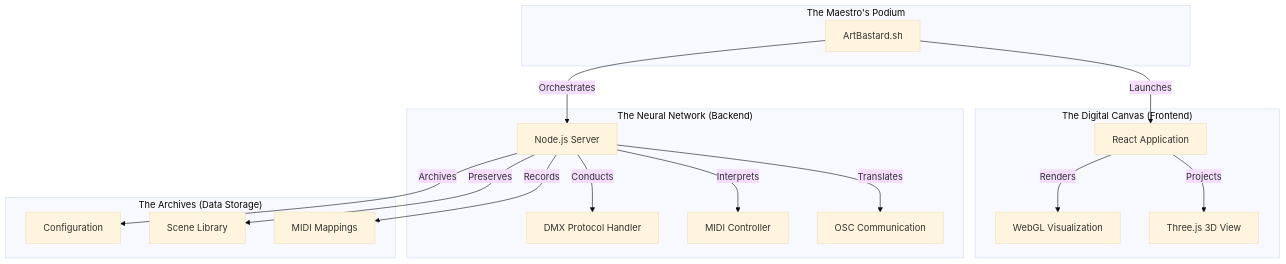
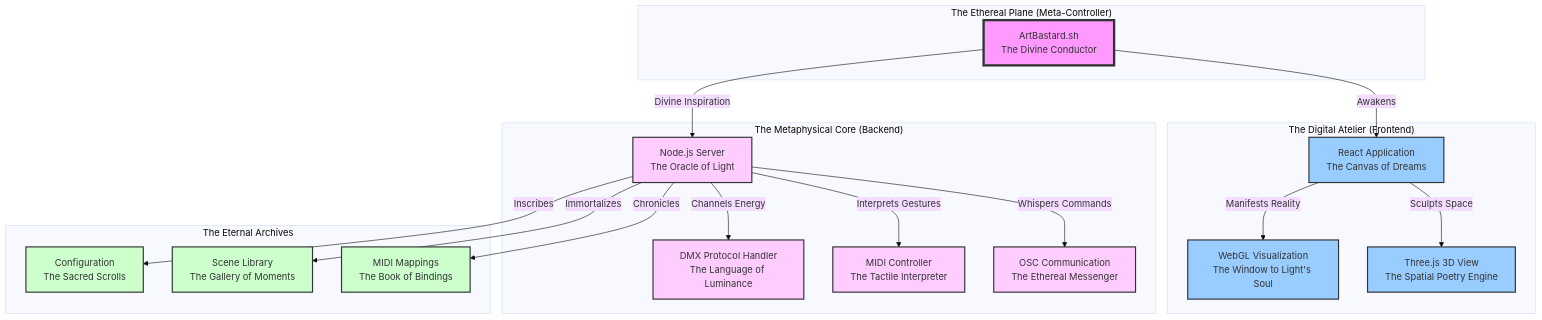
The first of 5 diagrams in README.md (aday1/ArtBastard_DMX512FTW), drawn with Mermaid (base theme) before and after one commit. The commit also changed other lines of this file and 116 other files, not shown here.

````diff
--- a/README.md
+++ b/README.md
@@ -7,36 +41,47 @@
 ```mermaid
 graph TB
-    subgraph "The Maestro's Podium"
-        AB[ArtBastard.sh]
+    subgraph "The Ethereal Plane (Meta-Controller)"
+        AB[ArtBastard.sh\nThe Divine Conductor]
+        style AB fill:#f9f,stroke:#333,stroke-width:4px
     end
 
-    subgraph "The Digital Canvas (Frontend)"
-        React[React Application]
-        WebGL[WebGL Visualization]
-        ThreeJS[Three.js 3D View]
+    subgraph "The Digital Atelier (Frontend)"
+        React[React Application\nThe Canvas of Dreams]
+        WebGL[WebGL Visualization\nThe Window to Light's Soul]
+        ThreeJS[Three.js 3D View\nThe Spatial Poetry Engine]
+        style React fill:#9cf,stroke:#333,stroke-width:2px
+        style WebGL fill:#9cf,stroke:#333,stroke-width:2px
+        style ThreeJS fill:#9cf,stroke:#333,stroke-width:2px
     end
 
-    subgraph "The Neural Network (Backend)"
-        Server[Node.js Server]
-        DMX[DMX Protocol Handler]
-        MIDI[MIDI Controller]
-        OSC[OSC Communication]
+    subgraph "The Metaphysical Core (Backend)"
+        Server[Node.js Server\nThe Oracle of Light]
+        DMX[DMX Protocol Handler\nThe Language of Luminance]
+        MIDI[MIDI Controller\nThe Tactile Interpreter]
+        OSC[OSC Communication\nThe Ethereal Messenger]
+        style Server fill:#fcf,stroke:#333,stroke-width:2px
+        style DMX fill:#fcf,stroke:#333,stroke-width:2px
+        style MIDI fill:#fcf,stroke:#333,stroke-width:2px
+        style OSC fill:#fcf,stroke:#333,stroke-width:2px
     end
 
-    subgraph "The Archives (Data Storage)"
-        Config[Configuration]
-        Scenes[Scene Library]
-        Mappings[MIDI Mappings]
+    subgraph "The Eternal Archives"
+        Config[Configuration\nThe Sacred Scrolls]
+        Scenes[Scene Library\nThe Gallery of Moments]
+        Mappings[MIDI Mappings\nThe Book of Bindings]
+        style Config fill:#cfc,stroke:#333,stroke-width:2px
+        style Scenes fill:#cfc,stroke:#333,stroke-width:2px
+        style Mappings fill:#cfc,stroke:#333,stroke-width:2px
     end
 
-    AB -->|Orchestrates| Server
-    AB -->|Launches| React
-    Server -->|Conducts| DMX
-    Server -->|Interprets| MIDI
-    Server -->|Translates| OSC
-    React -->|Renders| WebGL
-    React -->|Projects| ThreeJS
-    Server -->|Archives| Config
-    Server -->|Preserves| Scenes
-    Server -->|Records| Mappings
+    AB -->|"Divine Inspiration"| Server
+    AB -->|"Awakens"| React
+    Server -->|"Channels Energy"| DMX
+    Server -->|"Interprets Gestures"| MIDI
+    Server -->|"Whispers Commands"| OSC
+    React -->|"Manifests Reality"| WebGL
+    React -->|"Sculpts Space"| ThreeJS
+    Server -->|"Inscribes"| Config
+    Server -->|"Immortalizes"| Scenes
+    Server -->|"Chronicles"| Mappings
 ```
````
